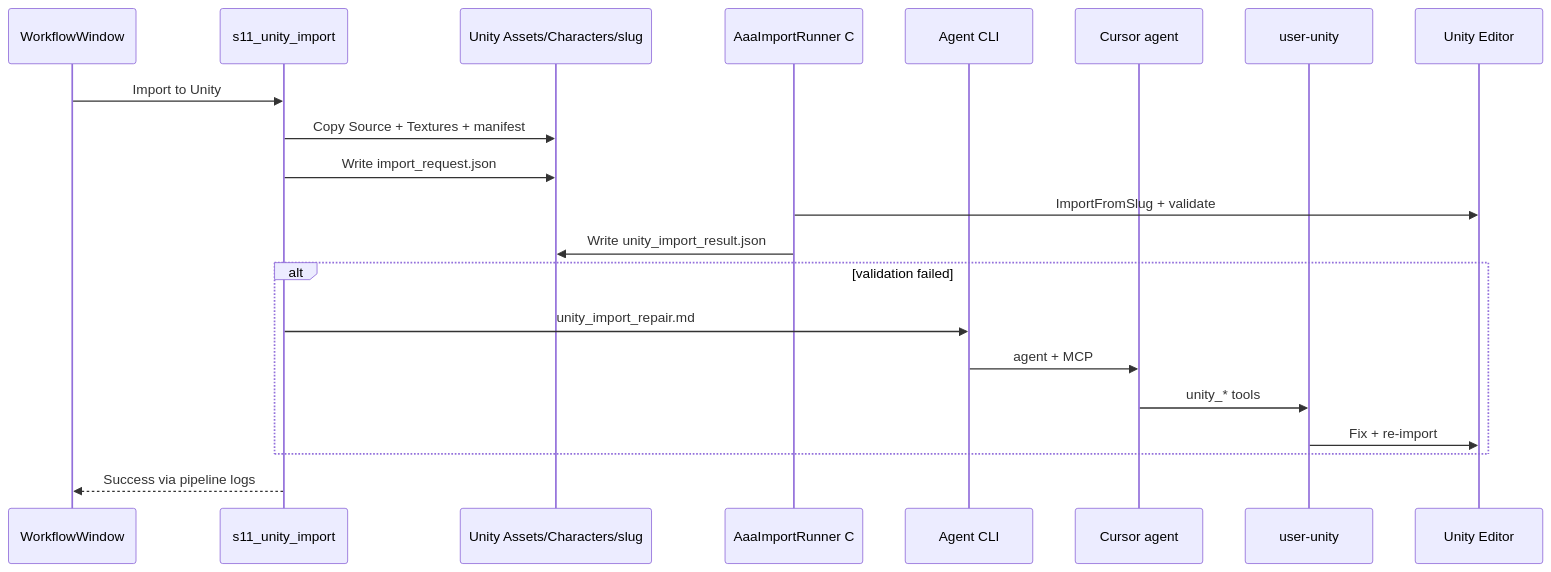
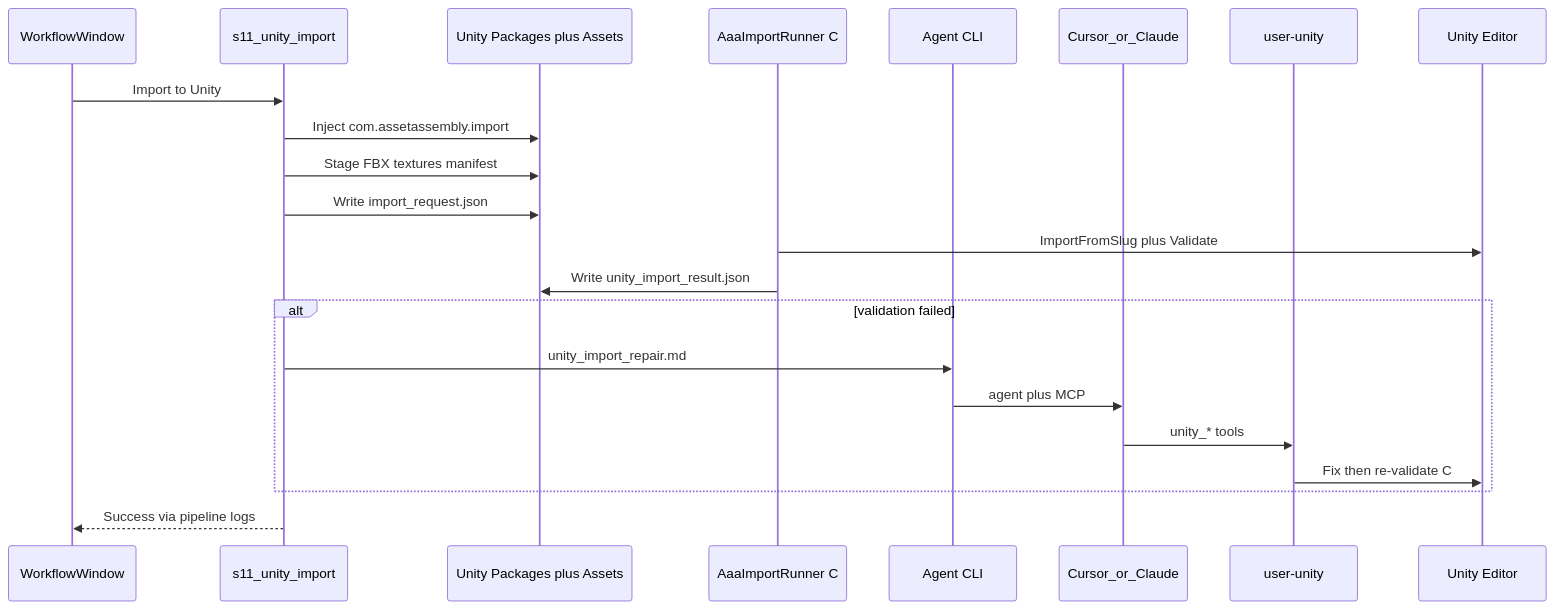
Before and after one commit to EazyTom/asset-assembly-automator: the fifth of 7 diagrams in README.md, drawn with Mermaid. The commit also changed other lines of this file and 2 other files, not shown here.

````diff
--- a/README.md
+++ b/README.md
@@ -285,24 +294,25 @@
 ```mermaid
 sequenceDiagram
     participant W as WorkflowWindow
     participant S11 as s11_unity_import
-    participant Disk as Unity Assets/Characters/slug
+    participant Disk as Unity Packages plus Assets
     participant CS as AaaImportRunner C#
     participant CLI as Agent CLI
-    participant Agent as Cursor agent
+    participant Agent as Cursor_or_Claude
     participant MCP as user-unity
     participant UE as Unity Editor
 
     W->>S11: Import to Unity
-    S11->>Disk: Copy Source + Textures + manifest
+    S11->>Disk: Inject com.assetassembly.import
+    S11->>Disk: Stage FBX textures manifest
     S11->>Disk: Write import_request.json
-    CS->>UE: ImportFromSlug + validate
+    CS->>UE: ImportFromSlug plus Validate
     CS->>Disk: Write unity_import_result.json
     alt validation failed
         S11->>CLI: unity_import_repair.md
-        CLI->>Agent: agent + MCP
+        CLI->>Agent: agent plus MCP
         Agent->>MCP: unity_* tools
-        MCP->>UE: Fix + re-import
+        MCP->>UE: Fix then re-validate C#
     end
     S11-->>W: Success via pipeline logs
 ```
````
